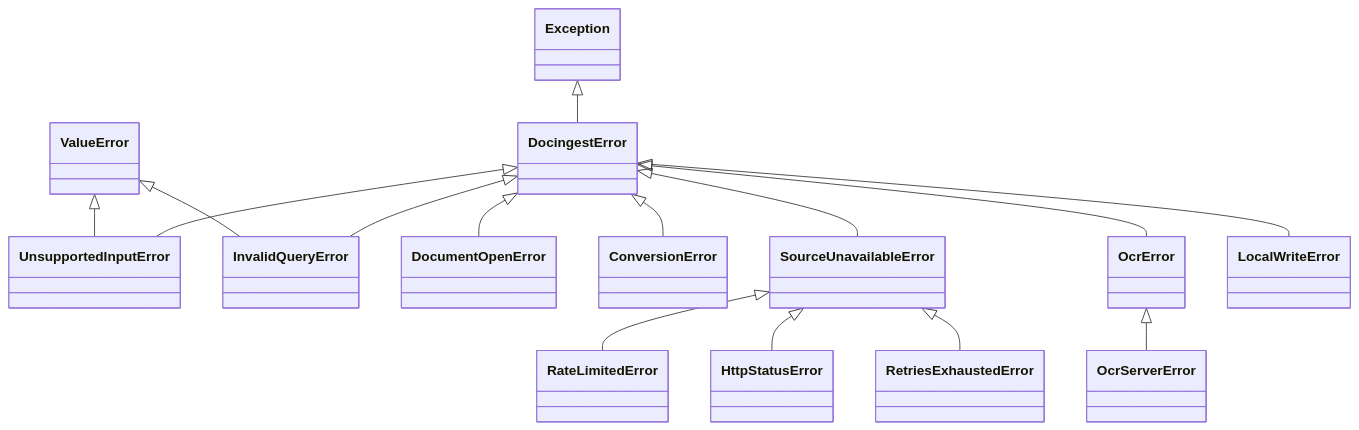
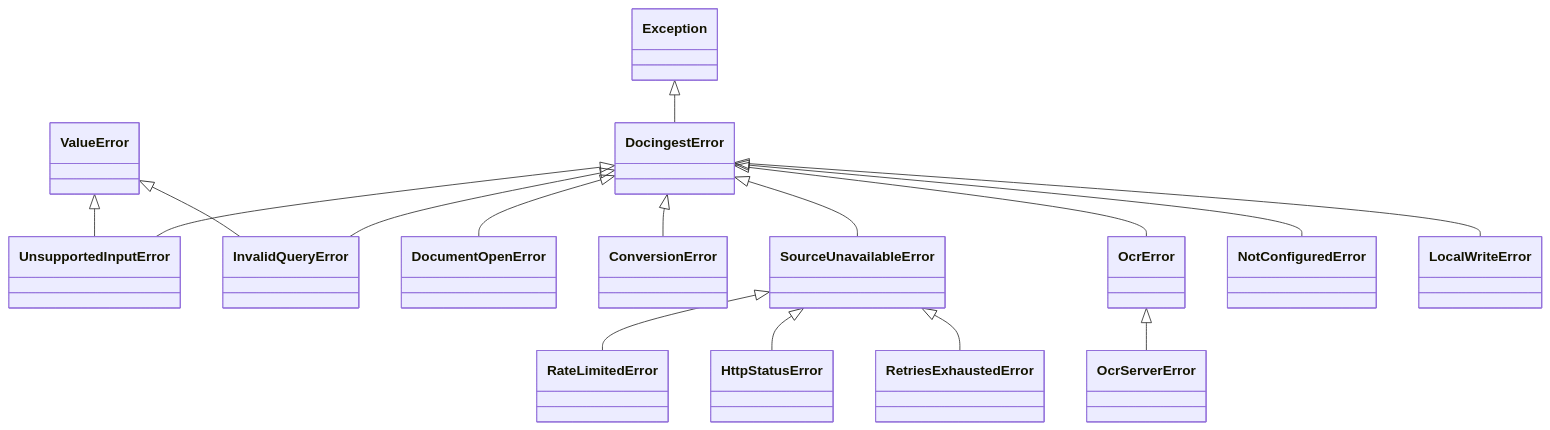
One commit to etxsA/doc-ingest changed diagram 14 of 18 in packages/docingest/docs/architecture.md. Above: the diagram before and after it, drawn with Mermaid. The commit also changed other lines of this file and 21 other files, not shown here.

````diff
--- a/packages/docingest/docs/architecture.md
+++ b/packages/docingest/docs/architecture.md
@@ -937,17 +986,18 @@
 ```mermaid
 classDiagram
     Exception <|-- DocingestError
     DocingestError <|-- UnsupportedInputError
     ValueError <|-- UnsupportedInputError
     DocingestError <|-- InvalidQueryError
     ValueError <|-- InvalidQueryError
     DocingestError <|-- DocumentOpenError
     DocingestError <|-- ConversionError
     DocingestError <|-- SourceUnavailableError
     DocingestError <|-- OcrError
+    DocingestError <|-- NotConfiguredError
     SourceUnavailableError <|-- RateLimitedError
     SourceUnavailableError <|-- HttpStatusError
     SourceUnavailableError <|-- RetriesExhaustedError
     DocingestError <|-- LocalWriteError
     OcrError <|-- OcrServerError
 ```
````
